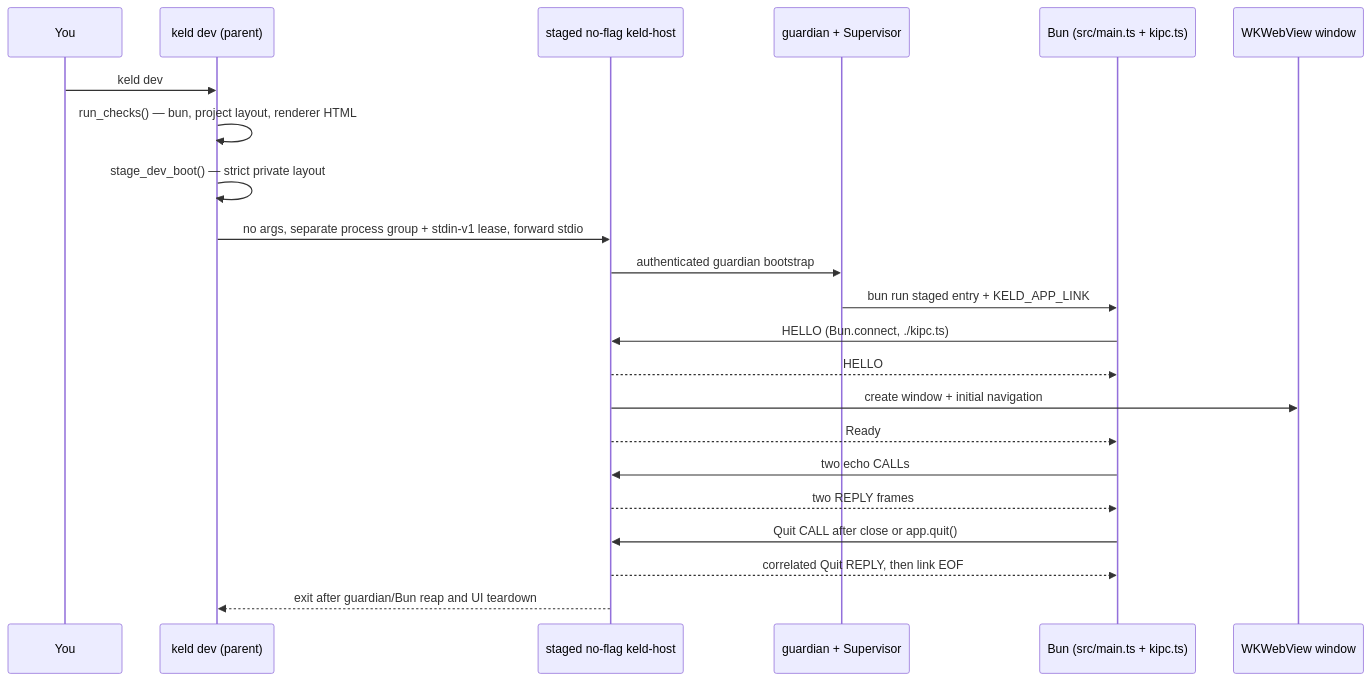
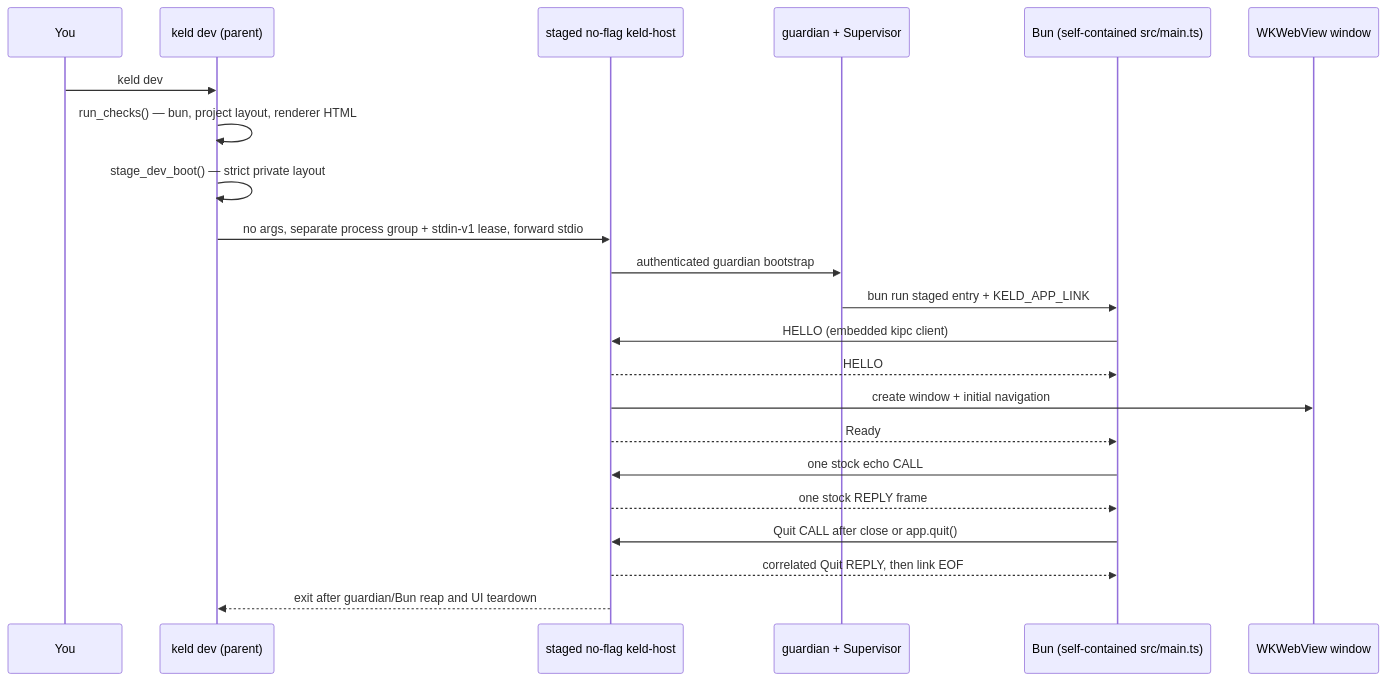
One commit to gyldlab/keld changed the diagram in docs/onboarding/03-api-and-cli-surface.md. Above: the diagram before and after it, drawn with Mermaid. The commit also changed other lines of this file and 13 other files, not shown here.

First line of the commit message:
fix(cli): make staged hello entry self-contained (#149)

````diff
--- a/docs/onboarding/03-api-and-cli-surface.md
+++ b/docs/onboarding/03-api-and-cli-surface.md
@@ -702,27 +710,27 @@
 ```mermaid
 sequenceDiagram
     accTitle: Current generated app lifecycle on macOS
     accDescr: A developer runs keld dev. The CLI validates and stages the project, then launches a no-flag host. The host owns the guardian-supervised Bun child, authenticated echo and lifecycle session, and renderer window until Quit or CLI lease loss.
     participant Dev as You
     participant CLI as keld dev (parent)
     participant Host as staged no-flag keld-host
     participant Guard as guardian + Supervisor
-    participant Bun as Bun (src/main.ts + kipc.ts)
+    participant Bun as Bun (self-contained src/main.ts)
     participant Win as WKWebView window
 
     Dev->>CLI: keld dev
     CLI->>CLI: run_checks() — bun, project layout, renderer HTML
     CLI->>CLI: stage_dev_boot() — strict private layout
     CLI->>Host: no args, separate process group + stdin-v1 lease, forward stdio
     Host->>Guard: authenticated guardian bootstrap
     Guard->>Bun: bun run staged entry + KELD_APP_LINK
-    Bun->>Host: HELLO (Bun.connect, ./kipc.ts)
+    Bun->>Host: HELLO (embedded kipc client)
     Host-->>Bun: HELLO
     Host->>Win: create window + initial navigation
     Host-->>Bun: Ready
-    Bun->>Host: two echo CALLs
-    Host-->>Bun: two REPLY frames
+    Bun->>Host: one stock echo CALL
+    Host-->>Bun: one stock REPLY frame
     Bun->>Host: Quit CALL after close or app.quit()
     Host-->>Bun: correlated Quit REPLY, then link EOF
     Host-->>CLI: exit after guardian/Bun reap and UI teardown
 ```
````
